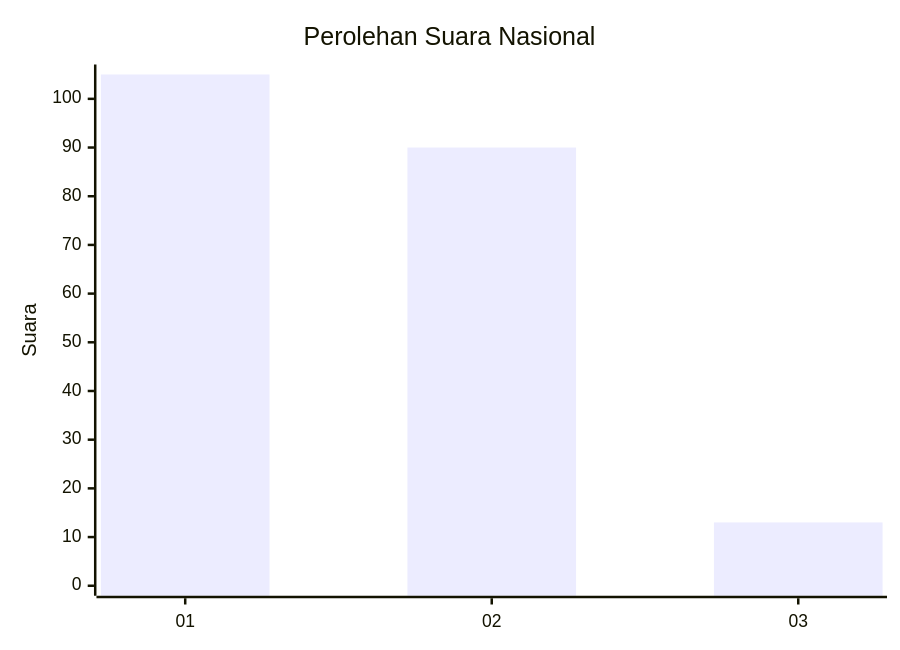
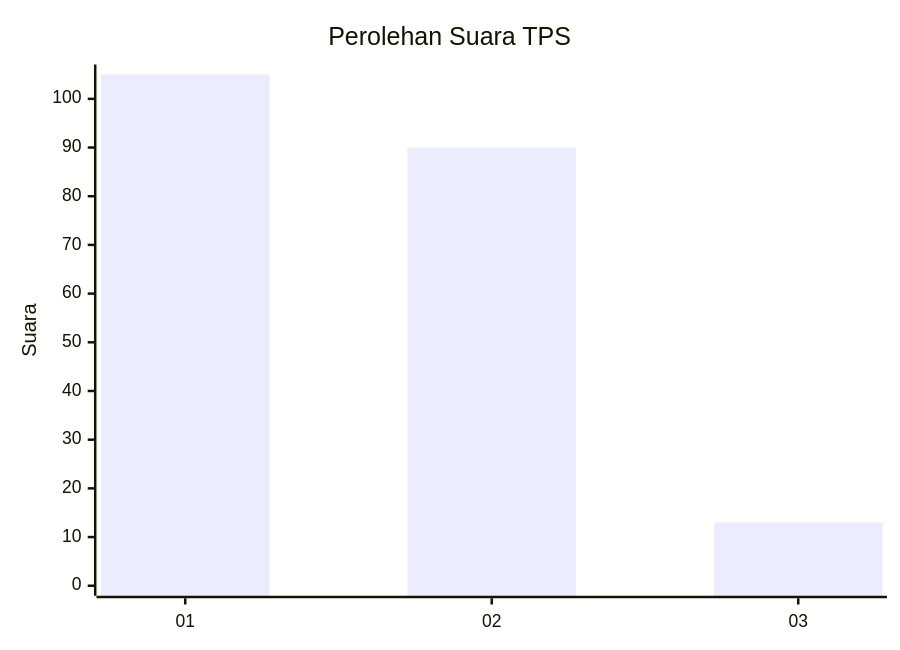
Before and after one commit to gigit-pemilu/pemilu-2024-61-kalimantan-barat: the first of 2 diagrams in pilpres/hitung-suara/sub/61-kalimantan-barat/sub/12-kubu-raya/sub/07-rasau-jaya/sub/2006-pematang-tujuh/sub/005-tps/README.md, drawn with Mermaid. The commit also changed other lines of this file and 12619 other files, not shown here.

````diff
--- a/pilpres/hitung-suara/sub/61-kalimantan-barat/sub/12-kubu-raya/sub/07-rasau-jaya/sub/2006-pematang-tujuh/sub/005-tps/README.md
+++ b/pilpres/hitung-suara/sub/61-kalimantan-barat/sub/12-kubu-raya/sub/07-rasau-jaya/sub/2006-pematang-tujuh/sub/005-tps/README.md
@@ -5,7 +5,7 @@
 ```mermaid
 xychart-beta
-    title "Perolehan Suara Nasional"
+    title "Perolehan Suara TPS"
     x-axis [01, 02, 03]
     y-axis "Suara" 0 --> 105
     bar [105, 90, 13]
 ```
````
